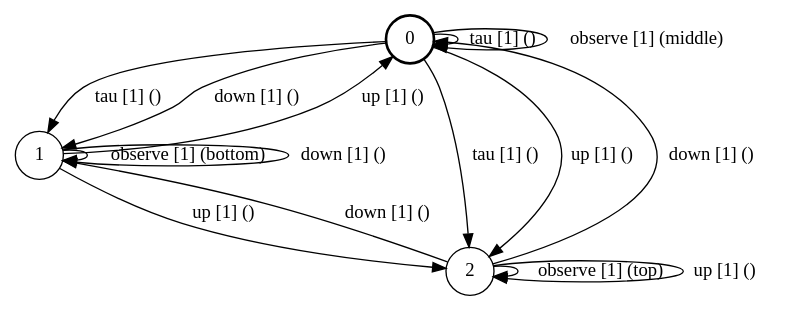
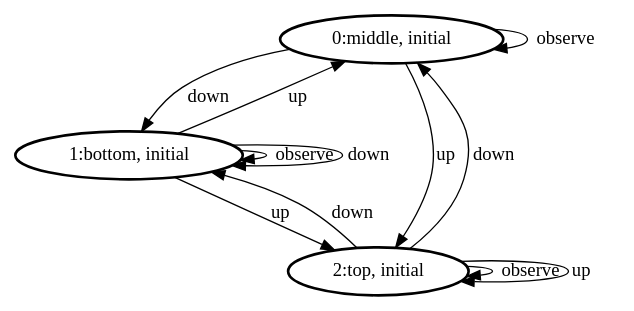
One commit to ulyantsev/EFSM-tools changed the diagram in qbf/plant-synthesis/nondet-switch.gv. Above: the diagram before and after it, drawn with Graphviz. The commit also changed 4 other files, not shown here.

```diff
--- a/qbf/plant-synthesis/nondet-switch.gv
+++ b/qbf/plant-synthesis/nondet-switch.gv
@@ -1,20 +1,18 @@
 # generated file, don't try to modify
 # command: dot -Tpng <filename> > tree.png
 digraph Automaton {
-    node [shape = circle];
-    0 [style = "bold"];
-    0 -> 0 [label = "tau [1] () "];
-    0 -> 1 [label = "tau [1] () "];
-    0 -> 2 [label = "tau [1] () "];
-    0 -> 0 [label = "observe [1] (middle) "];
-    1 -> 1 [label = "observe [1] (bottom) "];
-    2 -> 2 [label = "observe [1] (top) "];
-    0 -> 2 [label = "up [1] () "];
-    1 -> 0 [label = "up [1] () "];
-    1 -> 2 [label = "up [1] () "];
-    2 -> 2 [label = "up [1] () "];
-    0 -> 1 [label = "down [1] () "];
-    2 -> 1 [label = "down [1] () "];
-    2 -> 0 [label = "down [1] () "];
-    1 -> 1 [label = "down [1] () "];
+    0 [style = "bold", label="0:middle, initial"];
+    1 [style = "bold", label="1:bottom, initial"];
+    2 [style = "bold", label="2:top, initial"];
+    0 -> 0 [label = "observe"];
+    1 -> 1 [label = "observe"];
+    2 -> 2 [label = "observe"];
+    0 -> 2 [label = "up"];
+    1 -> 0 [label = "up"];
+    1 -> 2 [label = "up"];
+    2 -> 2 [label = "up"];
+    0 -> 1 [label = "down"];
+    2 -> 1 [label = "down"];
+    2 -> 0 [label = "down"];
+    1 -> 1 [label = "down"];
 }
```
